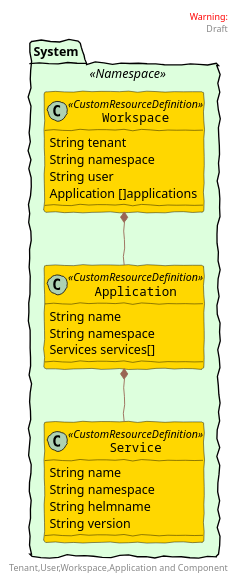
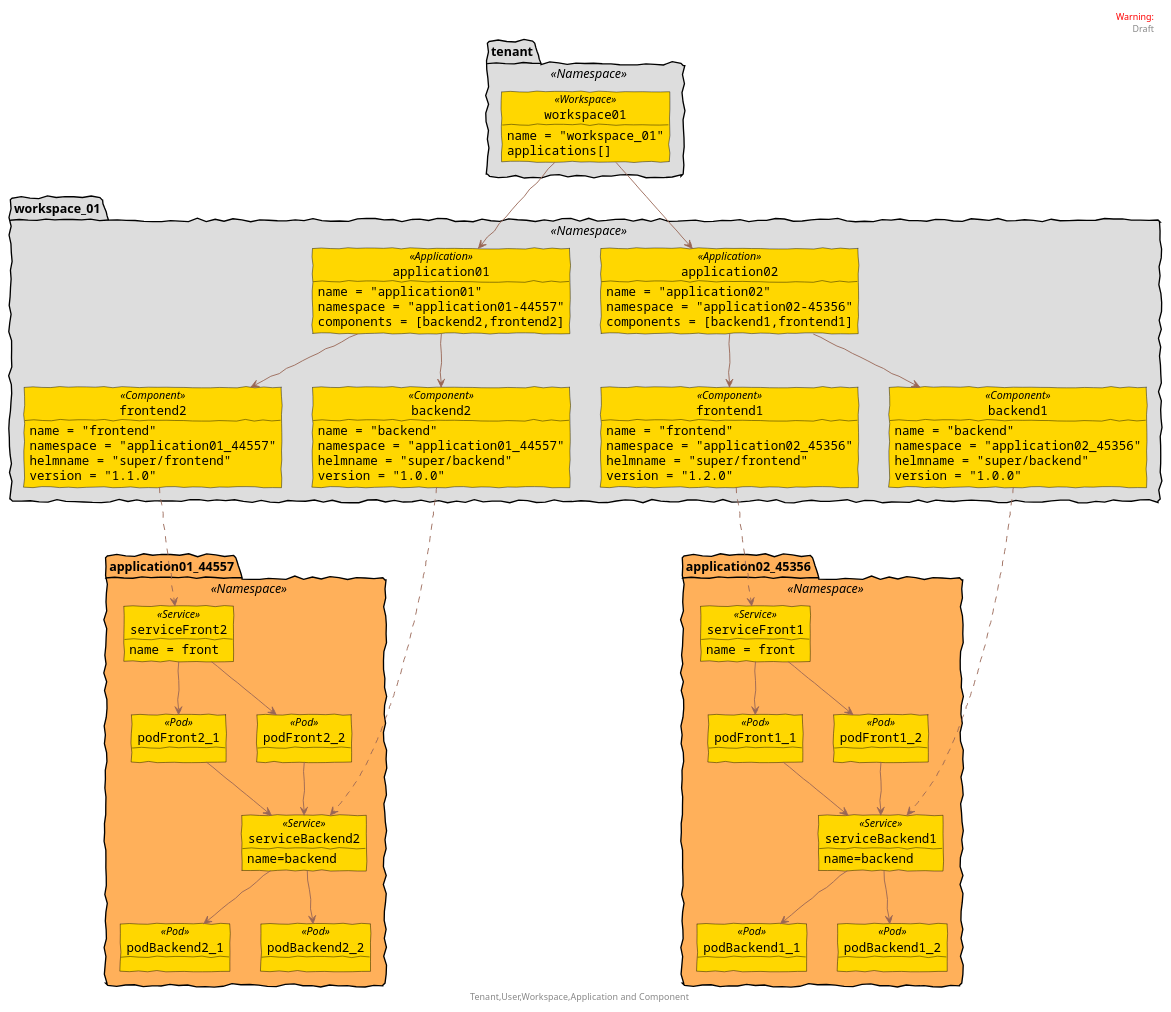
The diagram in doc/schema/WorkspaceObject.puml (enablecloud/kulbe), drawn with PlantUML before and after one commit. The commit also changed 8 other files, not shown here.

Commit message:
Add schema and doc

```diff
--- a/doc/schema/WorkspaceObject.puml
+++ b/doc/schema/WorkspaceObject.puml
@@ -1,65 +1,133 @@
 @startuml
 
 ' color to use
 ' #FFB05A
 ' #FFB05A
 ' #D5E821
 ' #31FFB4
 ' #514BEF
 skinparam handwritten true
 
 skinparam interface {
   backgroundColor RosyBrown
   borderColor orange
 }
 
-skinparam class {
+skinparam object {
 	ArrowColor DeepSkyBlue
 	ActorBorderColor DeepSkyBlue
     BackgroundColor<<Apache>> Red
     BorderColor<<Apache>> #FF6655
     FontName Courier
     BackgroundColor <<Blue>> DeepSkyBlue
     BorderColor black
     BackgroundColor gold
     ArrowFontName Impact
     ArrowColor #996655
     ArrowFontColor #777777
 
 }
 
 header
 <font color=red>Warning:</font>
 Draft
 endheader
 center footer Tenant,User,Workspace,Application and Component
 
-
-package "System" <<Namespace>>#DDFFDD {
-  class Workspace <<CustomResourceDefinition>>{
-    String tenant
-    String namespace
-    String user
-    Application []applications
-  }
-  class Application <<CustomResourceDefinition>>{
-      String name
-      String namespace
-      Services services[]
+namespace tenant <<Namespace>>#DDDDDD {
+    object workspace01 <<Workspace>> {
+        name = "workspace_01"
+        applications[]
     }
-  class Service <<CustomResourceDefinition>>{
-      String name
-      String namespace
-      String helmname
-      String version
-  }
-  Workspace *-- Application
-  Application *-- Service
 }
 
+namespace workspace_01 <<Namespace>>#DDDDDD {
+    object application01 <<Application>> {
+        name = "application01"
+        namespace = "application01-44557"
+        components = [backend2,frontend2]
+
+    }
+    object application02 <<Application>> {
+            name = "application02"
+            namespace = "application02-45356"
+            components = [backend1,frontend1]
+    }
+
+    object backend2 <<Component>> {
+            name = "backend"
+            namespace = "application01_44557"
+            helmname = "super/backend"
+            version = "1.0.0"
+    }
+    object backend1 <<Component>> {
+            name = "backend"
+            namespace = "application02_45356"
+            helmname = "super/backend"
+            version = "1.0.0"
+    }
+    object frontend2 <<Component>> {
+            name = "frontend"
+            namespace = "application01_44557"
+            helmname = "super/frontend"
+            version = "1.1.0"
+    }
+    object frontend1 <<Component>> {
+            name = "frontend"
+            namespace = "application02_45356"
+            helmname = "super/frontend"
+            version = "1.2.0"
+    }
+
+}
+workspace01 --> application01
+workspace01 --> application02
+application01 --> backend2
+application01 --> frontend2
+application02 --> backend1
+application02 --> frontend1
 
 
+namespace application01_44557 <<Namespace>>#FFB05A {
+    object serviceFront2 <<Service>> {
+        name = front
+    }
+    object podFront2_1 <<Pod>>
+    object podFront2_2 <<Pod>>
+    object serviceBackend2 <<Service>> {
+        name=backend
+    }
+    object podBackend2_1 <<Pod>>
+    object podBackend2_2 <<Pod>>
 
+}
+frontend2-.->serviceFront2
+serviceFront2-->podFront2_1
+serviceFront2-->podFront2_2
+podFront2_1-->serviceBackend2
+podFront2_2-->serviceBackend2
+backend2-.->serviceBackend2
+serviceBackend2-->podBackend2_1
+serviceBackend2-->podBackend2_2
+namespace application02_45356 <<Namespace>>#FFB05A {
+    object serviceFront1 <<Service>> {
+        name = front
+    }
+    object podFront1_1 <<Pod>>
+    object podFront1_2 <<Pod>>
+    object serviceBackend1 <<Service>> {
+        name=backend
+    }
+    object podBackend1_1 <<Pod>>
+    object podBackend1_2 <<Pod>>
 
-
+}
+frontend1-.->serviceFront1
+serviceFront1-->podFront1_1
+serviceFront1-->podFront1_2
+podFront1_1-->serviceBackend1
+podFront1_2-->serviceBackend1
+backend1-.->serviceBackend1
+serviceBackend1-->podBackend1_1
+serviceBackend1-->podBackend1_2
 @enduml
```
